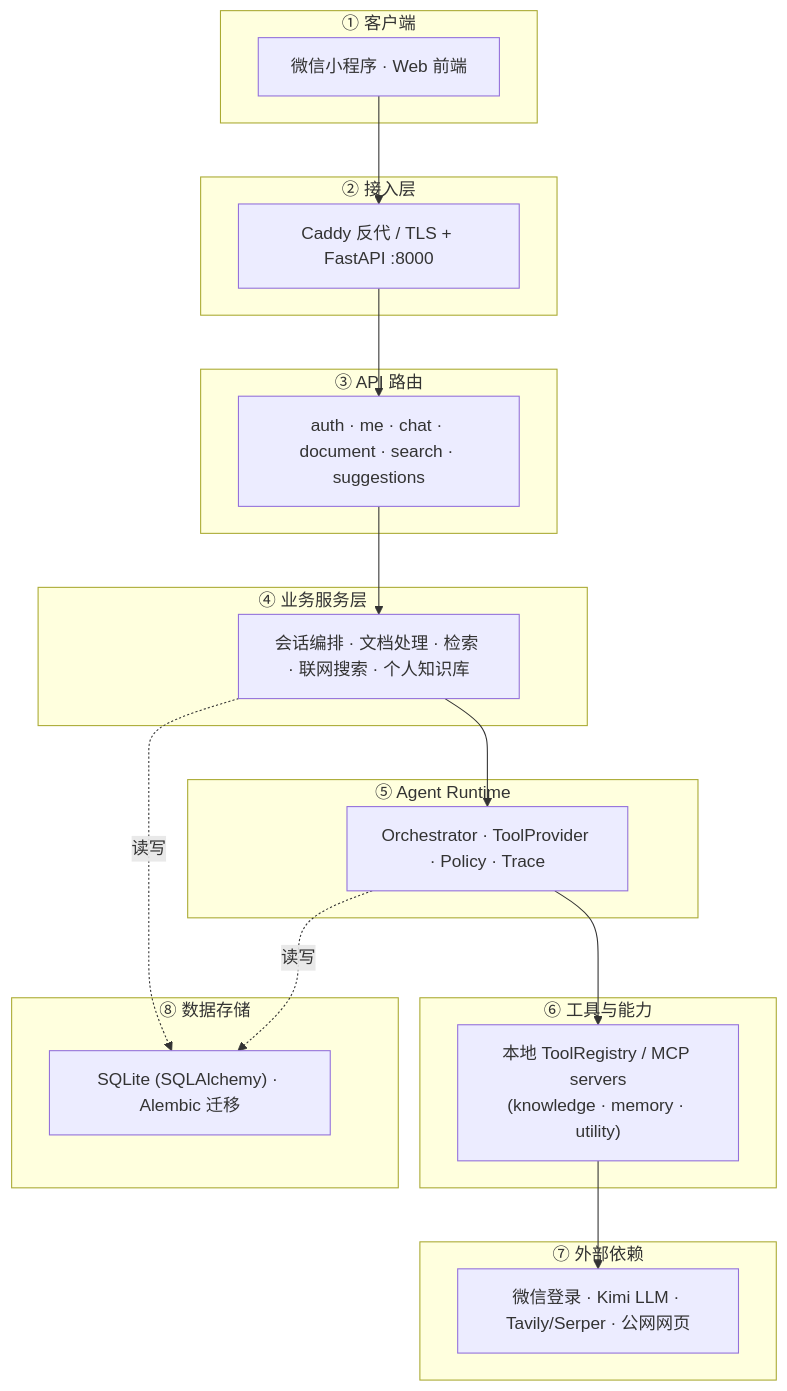
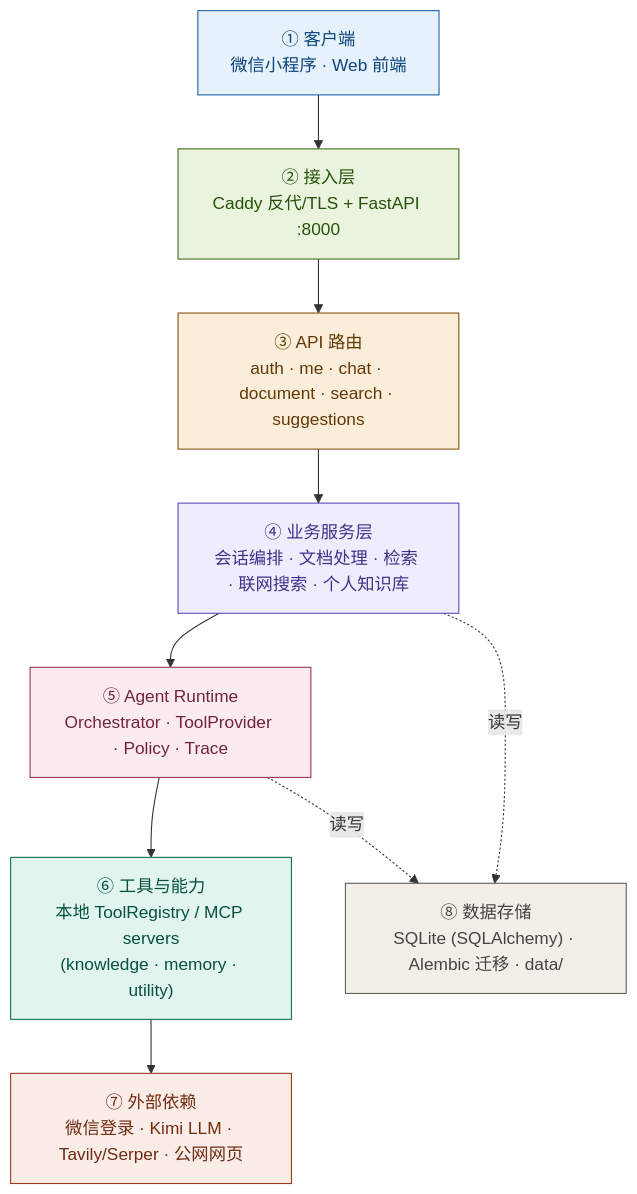
Before and after one commit to Wjl1995/ra-backend: the diagram in README.md, drawn with Mermaid. The commit also changed 16 other files, not shown here.

````diff
--- a/README.md
+++ b/README.md
@@ -43,31 +43,33 @@
 ```mermaid
 flowchart TB
-    subgraph L1["① 客户端"]
-        c["微信小程序 · Web 前端"]
-    end
-    subgraph L2["② 接入层"]
-        g["Caddy 反代 / TLS + FastAPI :8000"]
-    end
-    subgraph L3["③ API 路由"]
-        a["auth · me · chat · document · search · suggestions"]
-    end
-    subgraph L4["④ 业务服务层"]
-        s["会话编排 · 文档处理 · 检索 · 联网搜索 · 个人知识库"]
-    end
-    subgraph L5["⑤ Agent Runtime"]
-        r["Orchestrator · ToolProvider · Policy · Trace"]
-    end
-    subgraph L6["⑥ 工具与能力"]
-        t["本地 ToolRegistry / MCP servers<br/>(knowledge · memory · utility)"]
-    end
-    subgraph L7["⑦ 外部依赖"]
-        e["微信登录 · Kimi LLM · Tavily/Serper · 公网网页"]
-    end
-    subgraph L8["⑧ 数据存储"]
-        d["SQLite (SQLAlchemy) · Alembic 迁移"]
-    end
+    L1["① 客户端<br/>微信小程序 · Web 前端"]
+    L2["② 接入层<br/>Caddy 反代/TLS + FastAPI :8000"]
+    L3["③ API 路由<br/>auth · me · chat · document · search · suggestions"]
+    L4["④ 业务服务层<br/>会话编排 · 文档处理 · 检索 · 联网搜索 · 个人知识库"]
+    L5["⑤ Agent Runtime<br/>Orchestrator · ToolProvider · Policy · Trace"]
+    L6["⑥ 工具与能力<br/>本地 ToolRegistry / MCP servers<br/>(knowledge · memory · utility)"]
+    L7["⑦ 外部依赖<br/>微信登录 · Kimi LLM · Tavily/Serper · 公网网页"]
+    L8["⑧ 数据存储<br/>SQLite (SQLAlchemy) · Alembic 迁移 · data/"]
 
-    c --> g --> a --> s --> r --> t --> e
-    s -.读写.-> d
-    r -.读写.-> d
+    L1 --> L2 --> L3 --> L4 --> L5 --> L6 --> L7
+    L4 -.读写.-> L8
+    L5 -.读写.-> L8
+
+    classDef c1 fill:#E6F1FB,stroke:#185FA5,color:#0C447C;
+    classDef c2 fill:#EAF3DE,stroke:#3B6D11,color:#27500A;
+    classDef c3 fill:#FAEEDA,stroke:#854F0B,color:#633806;
+    classDef c4 fill:#EEEDFE,stroke:#534AB7,color:#3C3489;
+    classDef c5 fill:#FBEAF0,stroke:#993556,color:#72243E;
+    classDef c6 fill:#E1F5EE,stroke:#0F6E56,color:#085041;
+    classDef c7 fill:#FAECE7,stroke:#993C1D,color:#712B13;
+    classDef c8 fill:#F1EFE8,stroke:#5F5E5A,color:#444441;
+
+    class L1 c1;
+    class L2 c2;
+    class L3 c3;
+    class L4 c4;
+    class L5 c5;
+    class L6 c6;
+    class L7 c7;
+    class L8 c8;
 ```
````
